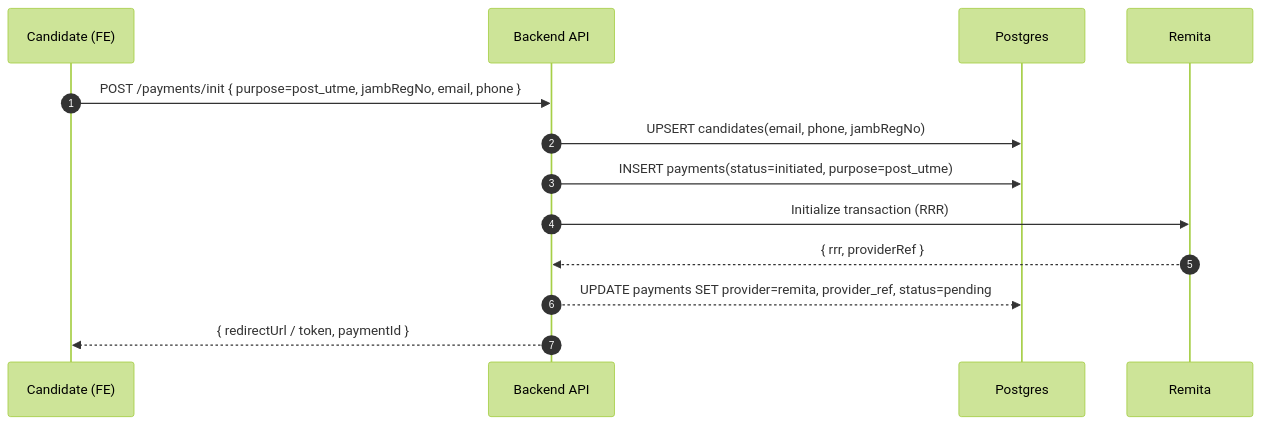
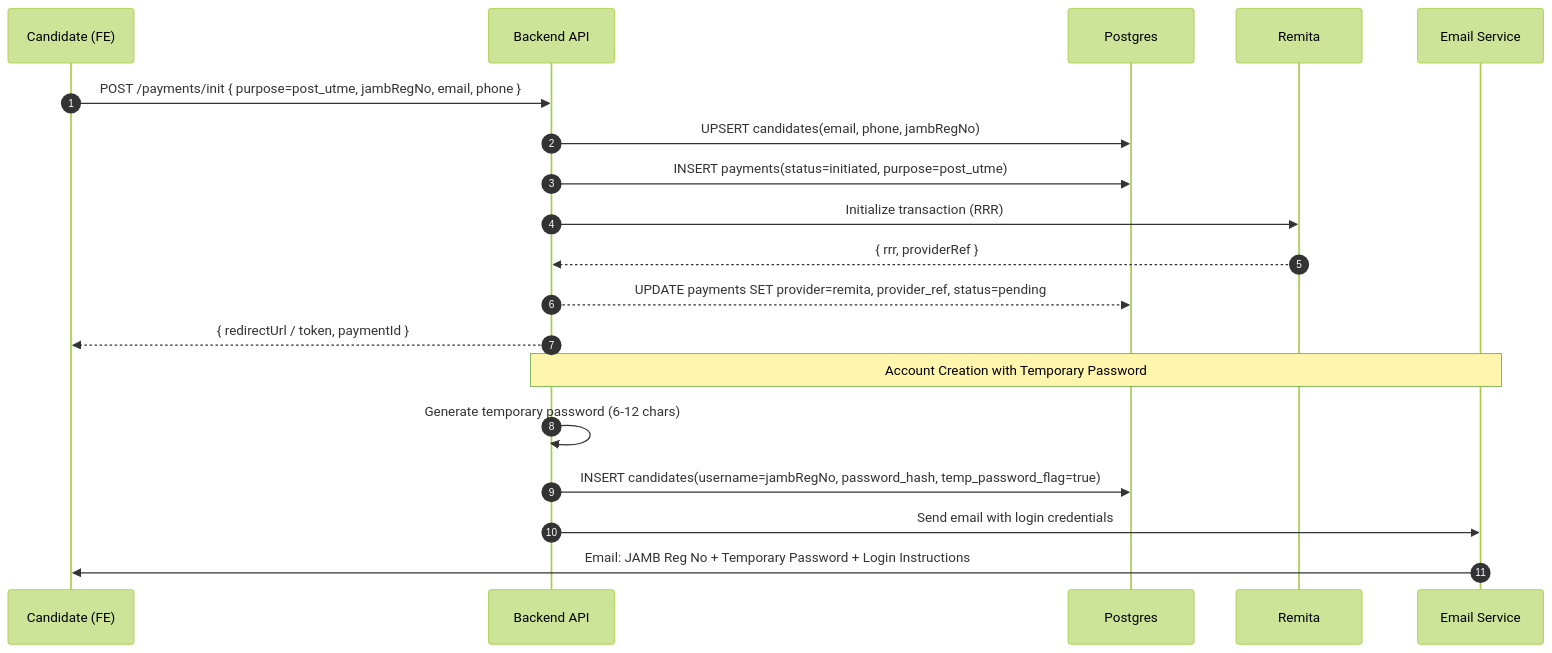
Before and after one commit to sbikelly/fuep_api: the second of 25 diagrams in docs/sequence-diagrams.md, drawn with Mermaid (forest theme). The commit also changed other lines of this file and 3 other files, not shown here.

First line of the commit message:
Documentation Updates: Align Candidate Registration Flow with PROPOSAL.md

````diff
--- a/docs/sequence-diagrams.md
+++ b/docs/sequence-diagrams.md
@@ -33,16 +41,23 @@
 ```mermaid
 sequenceDiagram
   autonumber
   participant U as Candidate (FE)
   participant API as Backend API
   participant DB as Postgres
   participant REM as Remita
+  participant EMAIL as Email Service
 
   U->>API: POST /payments/init { purpose=post_utme, jambRegNo, email, phone }
   API->>DB: UPSERT candidates(email, phone, jambRegNo)
   API->>DB: INSERT payments(status=initiated, purpose=post_utme)
   API->>REM: Initialize transaction (RRR)
   REM-->>API: { rrr, providerRef }
   API-->>DB: UPDATE payments SET provider=remita, provider_ref, status=pending
   API-->>U: { redirectUrl / token, paymentId }
+  
+  Note over API,EMAIL: Account Creation with Temporary Password
+  API->>API: Generate temporary password (6-12 chars)
+  API->>DB: INSERT candidates(username=jambRegNo, password_hash, temp_password_flag=true)
+  API->>EMAIL: Send email with login credentials
+  EMAIL->>U: Email: JAMB Reg No + Temporary Password + Login Instructions
 ```
````
